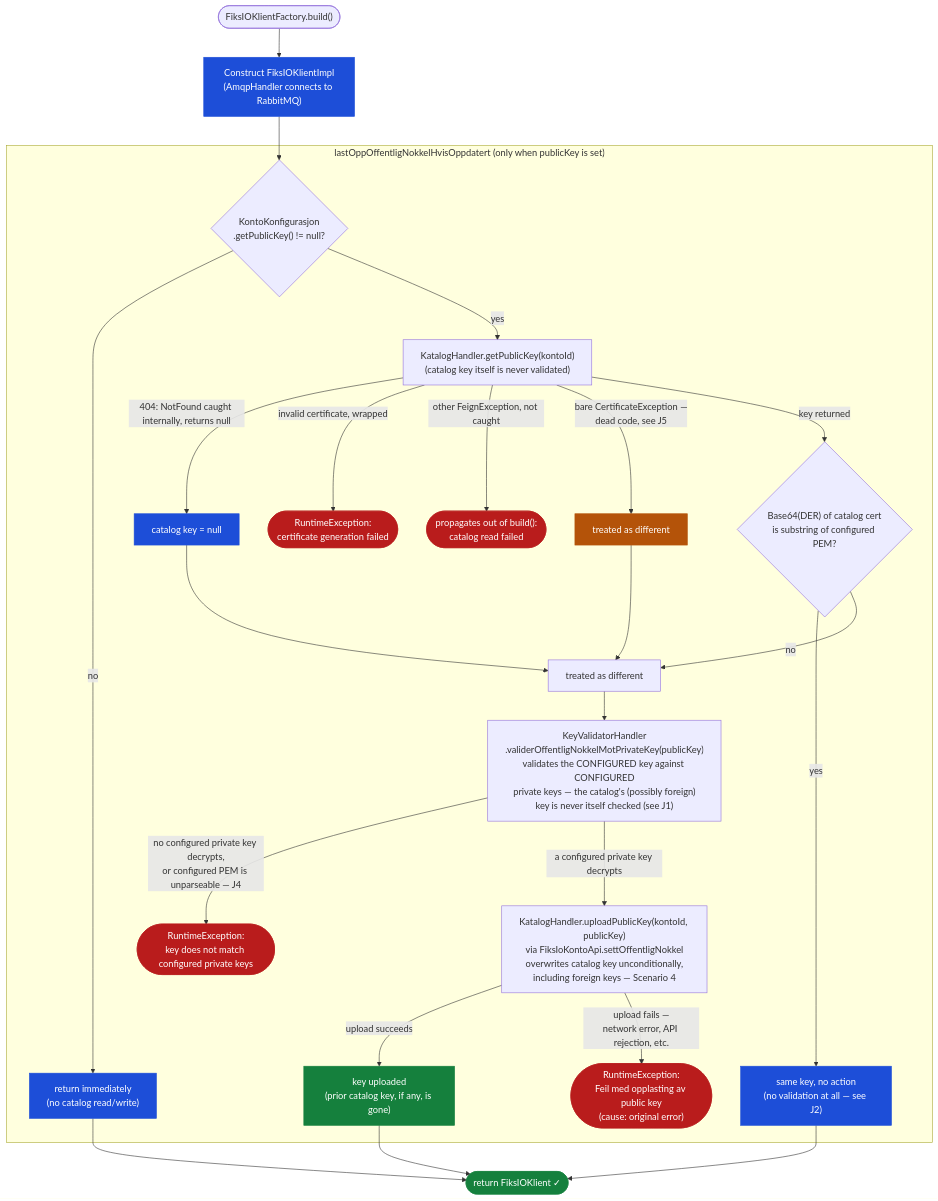
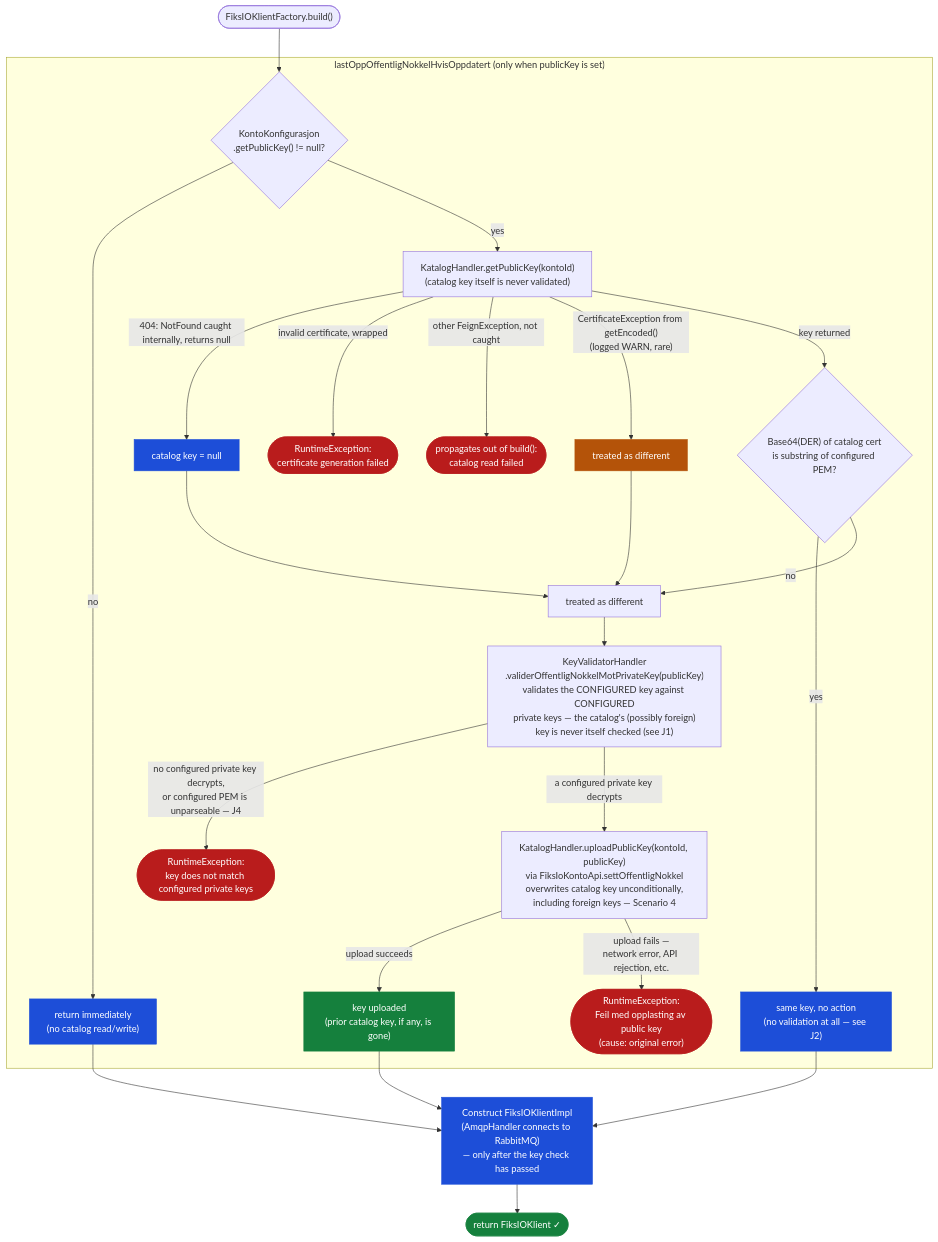
One commit to ks-no/fiks-io-klient-java changed the diagram in docs/AutomaticPublicKeySync.md. Above: the diagram before and after it, drawn with Mermaid. The commit also changed other lines of this file, not shown here.

First line of the commit message:
Oppdaterer dokumentasjon etter endret rekkefølge i build()

````diff
--- a/docs/AutomaticPublicKeySync.md
+++ b/docs/AutomaticPublicKeySync.md
@@ -88,40 +88,40 @@
 ```mermaid
 flowchart TD
     classDef error   fill:#b91c1c,stroke:#b91c1c,color:#fff
     classDef warn    fill:#b45309,stroke:#b45309,color:#fff
     classDef info    fill:#1d4ed8,stroke:#1d4ed8,color:#fff
     classDef success fill:#15803d,stroke:#15803d,color:#fff
 
-    START(["FiksIOKlientFactory.build()"]) --> AMQP
-    AMQP["Construct FiksIOKlientImpl\n(AmqpHandler connects to RabbitMQ)"]:::info --> A
+    START(["FiksIOKlientFactory.build()"]) --> A
 
     subgraph SYNC ["lastOppOffentligNokkelHvisOppdatert (only when publicKey is set)"]
         A{"KontoKonfigurasjon\n.getPublicKey() != null?"}
         A -->|no| SKIP["return immediately\n(no catalog read/write)"]:::info
         A -->|yes| C["KatalogHandler.getPublicKey(kontoId)\n(catalog key itself is never validated)"]
 
         C -->|404: NotFound caught internally, returns null| NULLKEY["catalog key = null"]:::info
         C -->|invalid certificate, wrapped| ERR0(["RuntimeException:\ncertificate generation failed"]):::error
         C -->|other FeignException, not caught| ERR3(["propagates out of build():\ncatalog read failed"]):::error
-        C -->|bare CertificateException —\ndead code, see J5| CERTEX["treated as different"]:::warn
+        C -->|"CertificateException from getEncoded()\n(logged WARN, rare)"| CERTEX["treated as different"]:::warn
         C -->|key returned| D
 
         NULLKEY --> DIFF["treated as different"]
         CERTEX --> DIFF
         D{"Base64(DER) of catalog cert\nis substring of configured PEM?"}
         D -->|yes| SAME["same key, no action\n(no validation at all — see J2)"]:::info
         D -->|no| DIFF
 
         DIFF --> V["KeyValidatorHandler\n.validerOffentligNokkelMotPrivateKey(publicKey)\nvalidates the CONFIGURED key against CONFIGURED\nprivate keys — the catalog's (possibly foreign)\nkey is never itself checked (see J1)"]
         V -->|no configured private key decrypts,\nor configured PEM is unparseable — J4| ERR1(["RuntimeException:\nkey does not match configured private keys"]):::error
         V -->|a configured private key decrypts| U["KatalogHandler.uploadPublicKey(kontoId, publicKey)\nvia FiksIoKontoApi.settOffentligNokkel\noverwrites catalog key unconditionally,\nincluding foreign keys — Scenario 4"]
 
         U -->|upload succeeds| OK["key uploaded\n(prior catalog key, if any, is gone)"]:::success
         U -->|upload fails —\nnetwork error, API rejection, etc.| ERR2(["RuntimeException:\nFeil med opplasting av public key\n(cause: original error)"]):::error
     end
 
-    SKIP --> DONE
-    SAME --> DONE
-    OK   --> DONE
+    SKIP --> AMQP
+    SAME --> AMQP
+    OK   --> AMQP
+    AMQP["Construct FiksIOKlientImpl\n(AmqpHandler connects to RabbitMQ)\n— only after the key check has passed"]:::info --> DONE
     DONE(["return FiksIOKlient ✓"]):::success
 ```
````
